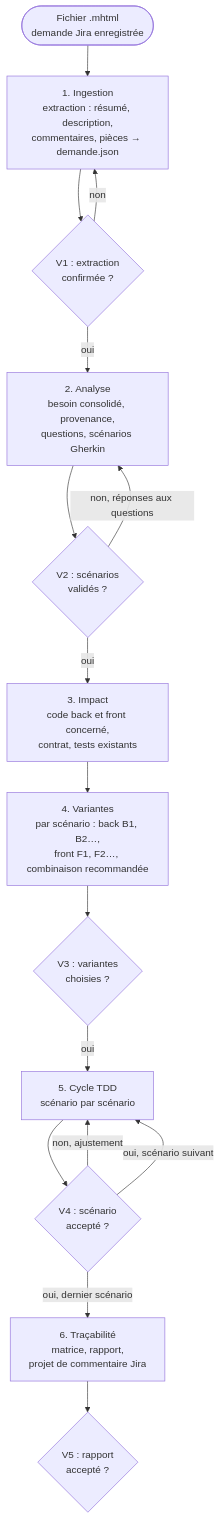
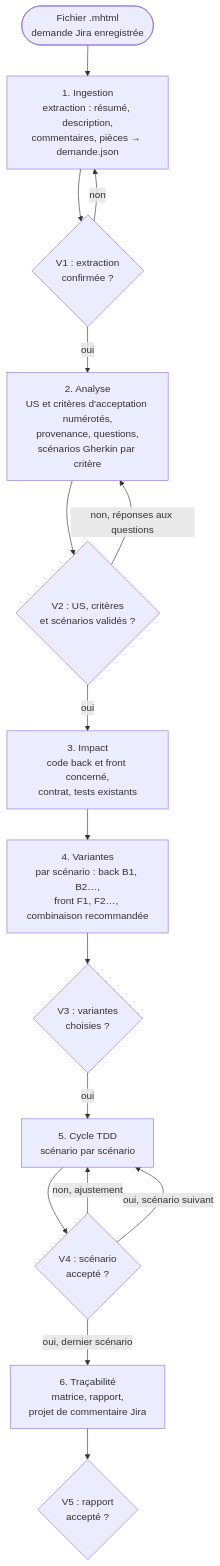
The diagram in specs/agent-tdd-jira/SKILL.md (FredGarcia/Agent2Prompt), drawn with Mermaid before and after one commit. The commit also changed other lines of this file and 12 other files, not shown here.

First line of the commit message:
spec(agent-tdd-jira): version 1.2.0, US et critères d'acceptation (D10)

````diff
--- a/specs/agent-tdd-jira/SKILL.md
+++ b/specs/agent-tdd-jira/SKILL.md
@@ -30,18 +30,18 @@
 ```mermaid
 flowchart TD
   M(["Fichier .mhtml<br/>demande Jira enregistrée"]) --> I["1. Ingestion<br/>extraction : résumé, description,<br/>commentaires, pièces → demande.json"]
   I --> V1{"V1 : extraction<br/>confirmée ?"}
   V1 -->|non| I
-  V1 -->|oui| A["2. Analyse<br/>besoin consolidé, provenance,<br/>questions, scénarios Gherkin"]
-  A --> V2{"V2 : scénarios<br/>validés ?"}
+  V1 -->|oui| A["2. Analyse<br/>US et critères d'acceptation numérotés,<br/>provenance, questions,<br/>scénarios Gherkin par critère"]
+  A --> V2{"V2 : US, critères<br/>et scénarios validés ?"}
   V2 -->|"non, réponses aux questions"| A
   V2 -->|oui| IM["3. Impact<br/>code back et front concerné,<br/>contrat, tests existants"]
   IM --> VA["4. Variantes<br/>par scénario : back B1, B2…,<br/>front F1, F2…, combinaison recommandée"]
   VA --> V3{"V3 : variantes<br/>choisies ?"}
   V3 -->|oui| T["5. Cycle TDD<br/>scénario par scénario"]
   T --> V4{"V4 : scénario<br/>accepté ?"}
   V4 -->|"non, ajustement"| T
   V4 -->|"oui, scénario suivant"| T
   V4 -->|"oui, dernier scénario"| TR["6. Traçabilité<br/>matrice, rapport,<br/>projet de commentaire Jira"]
   TR --> V5{"V5 : rapport<br/>accepté ?"}
 ```
````
